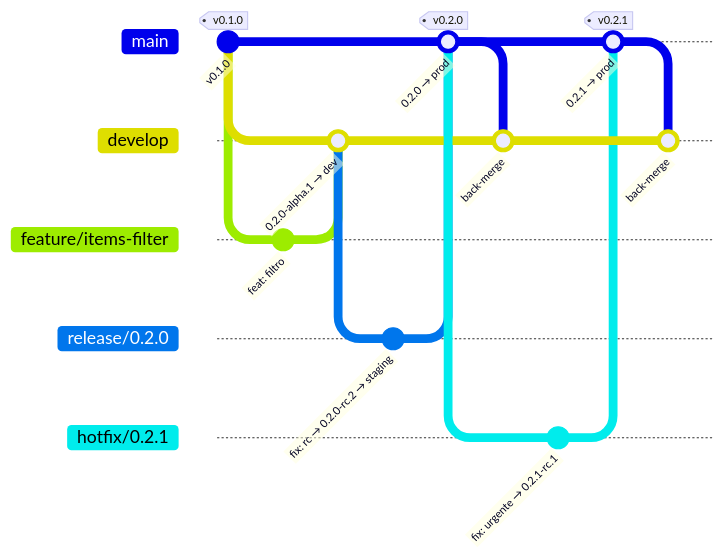
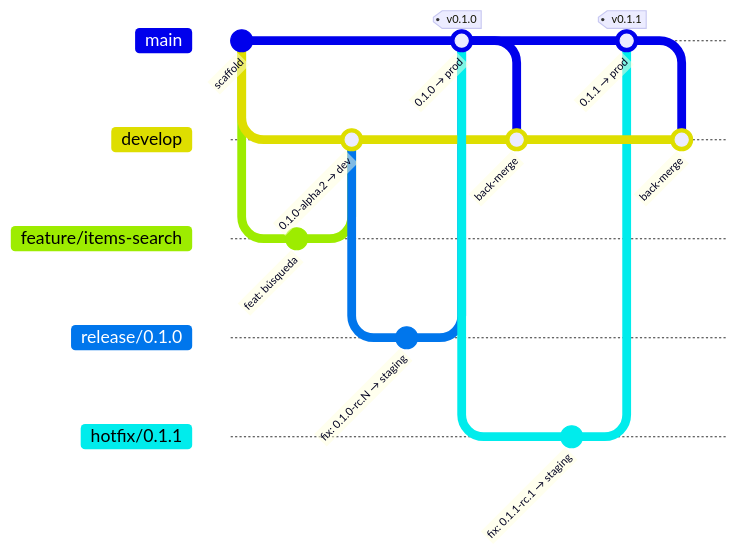
Before and after one commit to virgo1985/fastapi-lifecycle-lab: the first of 2 diagrams in README.md, drawn with Mermaid. The commit also changed 3 other files, not shown here.

````diff
--- a/README.md
+++ b/README.md
@@ -15,23 +15,23 @@
 ```mermaid
 gitGraph
-  commit id: "v0.1.0" tag: "v0.1.0"
+  commit id: "scaffold"
   branch develop
   checkout develop
-  branch feature/items-filter
-  commit id: "feat: filtro"
+  branch feature/items-search
+  commit id: "feat: búsqueda"
   checkout develop
-  merge feature/items-filter id: "0.2.0-alpha.1 → dev"
-  branch release/0.2.0
-  commit id: "fix: rc → 0.2.0-rc.2 → staging"
+  merge feature/items-search id: "0.1.0-alpha.2 → dev"
+  branch release/0.1.0
+  commit id: "fix: 0.1.0-rc.N → staging"
   checkout main
-  merge release/0.2.0 id: "0.2.0 → prod" tag: "v0.2.0"
+  merge release/0.1.0 id: "0.1.0 → prod" tag: "v0.1.0"
   checkout develop
   merge main id: "back-merge"
   checkout main
-  branch hotfix/0.2.1
-  commit id: "fix: urgente → 0.2.1-rc.1"
+  branch hotfix/0.1.1
+  commit id: "fix: 0.1.1-rc.1 → staging"
   checkout main
-  merge hotfix/0.2.1 id: "0.2.1 → prod" tag: "v0.2.1"
+  merge hotfix/0.1.1 id: "0.1.1 → prod" tag: "v0.1.1"
   checkout develop
   merge main id: "back-merge "
 ```
````
